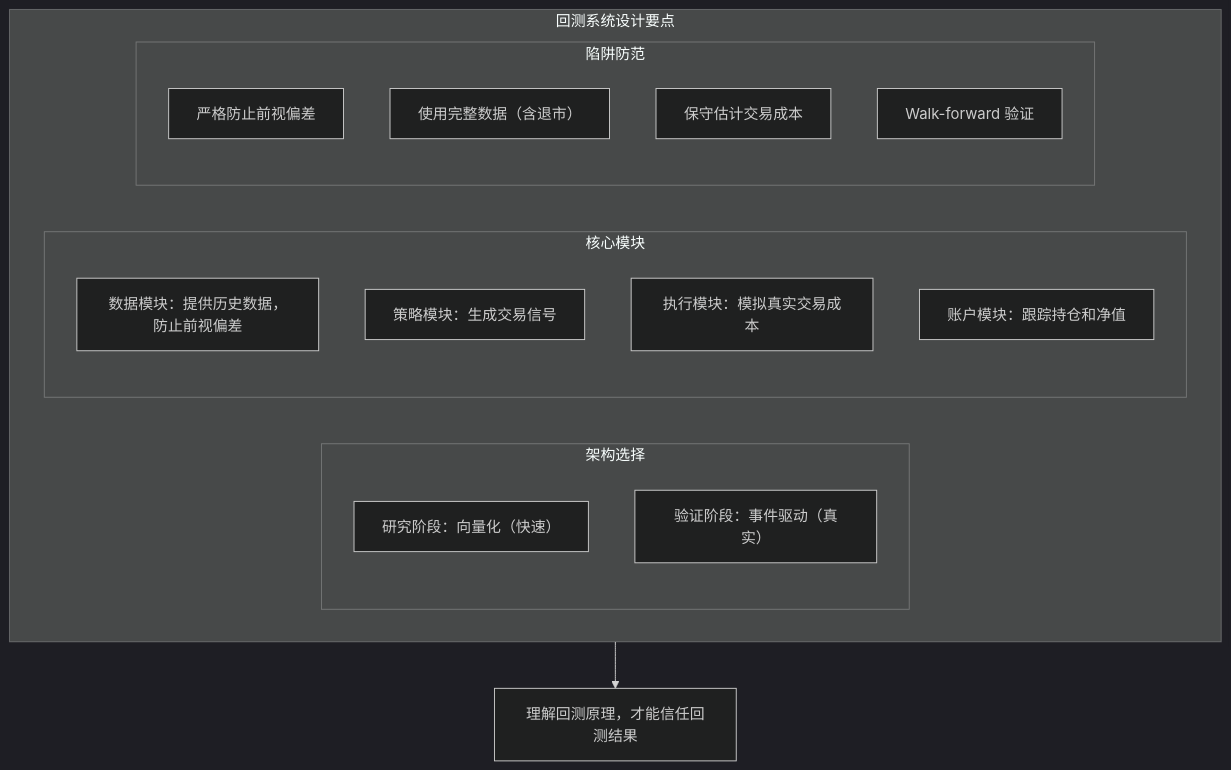
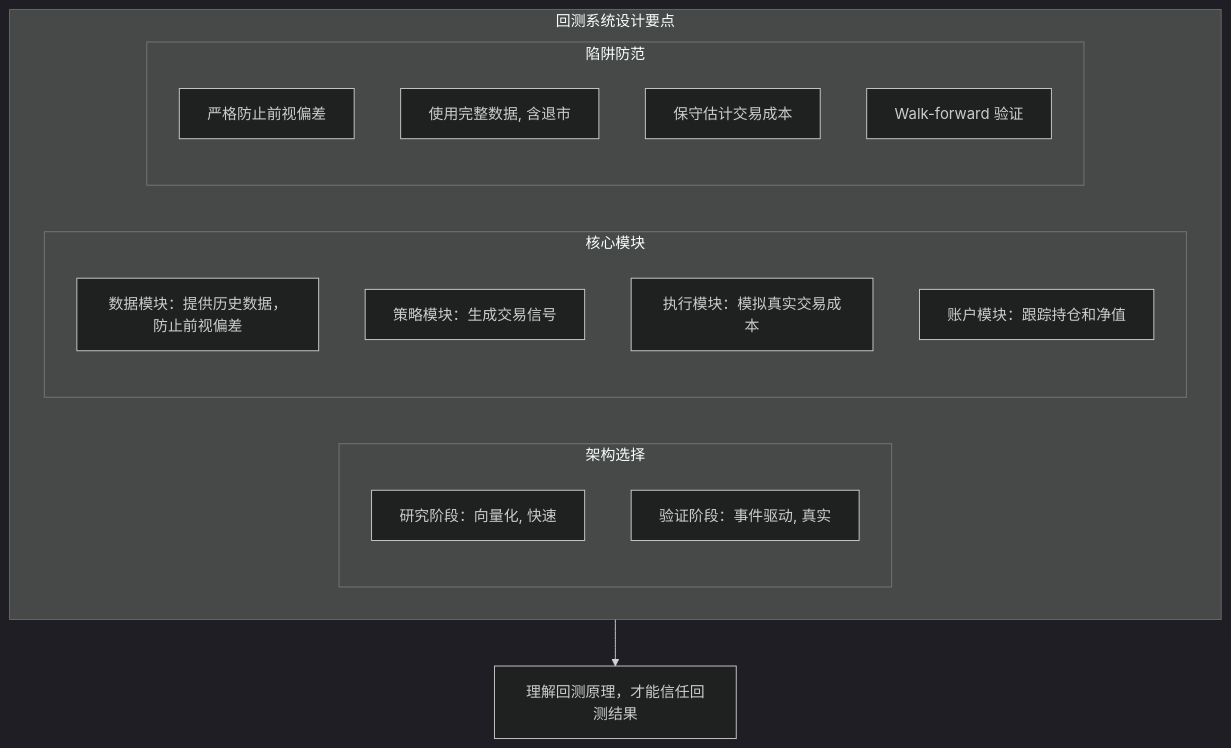
Before and after one commit to jpixy/jpixy.github.io: the fourth of 4 diagrams in content/articles/quant/quant-08-回测系统设计与实现.md, drawn with Mermaid (dark theme). The commit also changed other lines of this file and 66 other files, not shown here.

Commit message:
fix: resolve Mermaid syntax errors by removing parentheses in node labels

````diff
--- a/content/articles/quant/quant-08-回测系统设计与实现.md
+++ b/content/articles/quant/quant-08-回测系统设计与实现.md
@@ -697,22 +697,22 @@
 ```mermaid
 graph TB
     subgraph 要点["回测系统设计要点"]
         subgraph 架构选择
-            A1["研究阶段：向量化（快速）"]
-            A2["验证阶段：事件驱动（真实）"]
+            A1["研究阶段：向量化, 快速"]
+            A2["验证阶段：事件驱动, 真实"]
         end
         subgraph 核心模块
             M1["数据模块：提供历史数据，防止前视偏差"]
             M2["策略模块：生成交易信号"]
             M3["执行模块：模拟真实交易成本"]
             M4["账户模块：跟踪持仓和净值"]
         end
         subgraph 陷阱防范
             T1["严格防止前视偏差"]
-            T2["使用完整数据（含退市）"]
+            T2["使用完整数据, 含退市"]
             T3["保守估计交易成本"]
             T4["Walk-forward 验证"]
         end
     end
     要点 --> 结论["理解回测原理，才能信任回测结果"]
 ```
````
